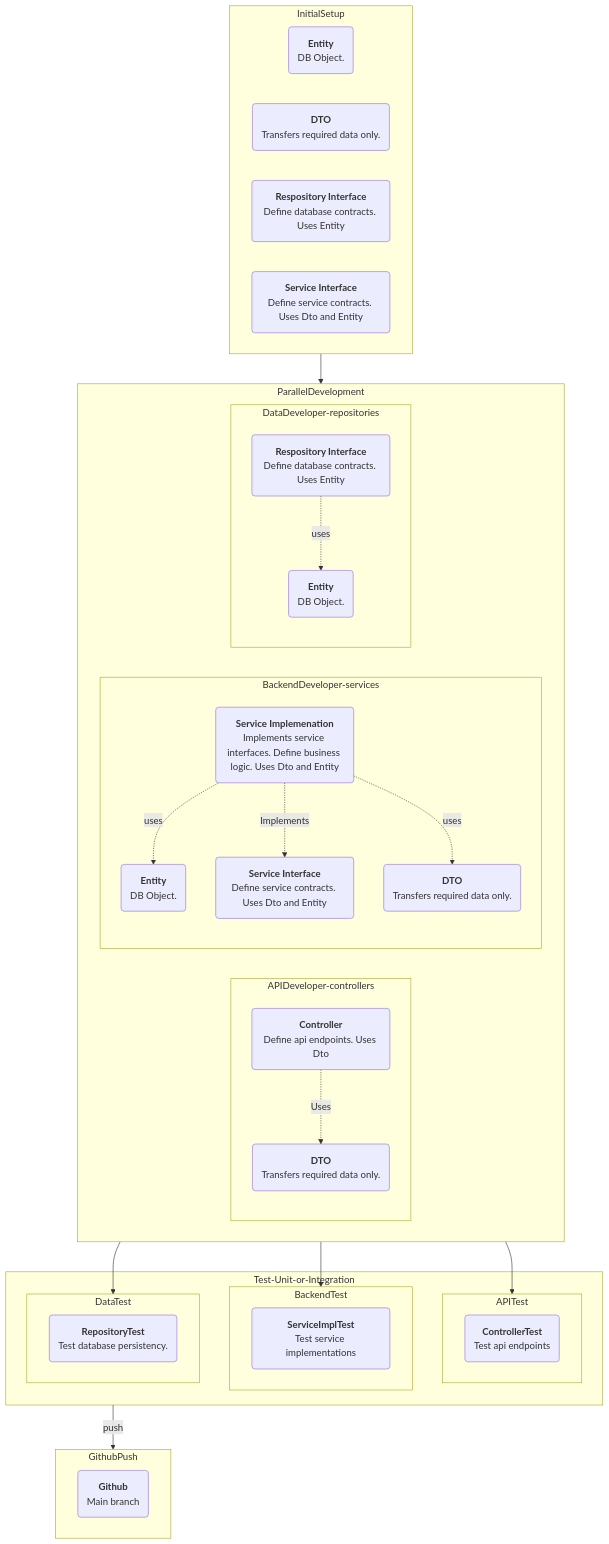
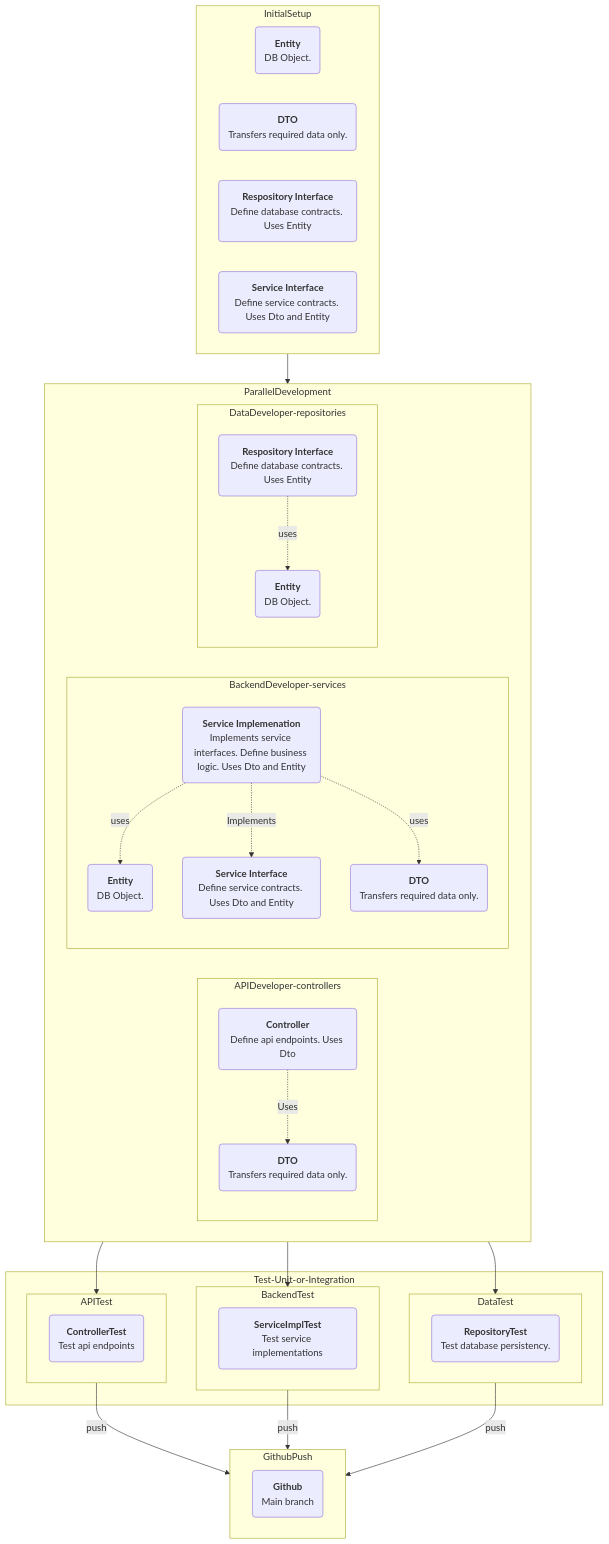
One commit to smaaa001/cs410-digital-signage changed the second of 2 diagrams in backend/README.md. Above: the diagram before and after it, drawn with Mermaid.

Commit message:
updated markdown file with parallel programming concept

````diff
--- a/backend/README.md
+++ b/backend/README.md
@@ -48,68 +48,73 @@
 ```mermaid
 flowchart TD
     subgraph InitialSetup
         Entity1(<b>Entity</b><br/>DB Object.)
         DTO1(<b>DTO</b><br/>Transfers required data only.)
         Repository1(<b>Respository Interface</b><br/>Define database contracts. Uses Entity)
         Service1(<b>Service Interface</b><br/>Define service contracts. Uses Dto and Entity)
     end
 
     subgraph ParallelDevelopment
         direction LR
 
         subgraph APIDeveloper-controllers
             DTO2(<b>DTO</b><br/>Transfers required data only.)
             Controller2(<b>Controller</b><br/>Define api endpoints. Uses Dto)
             Controller2-.->|Uses|DTO2
         end
 
 
 
         subgraph BackendDeveloper-services
             Entity3(<b>Entity</b><br/>DB Object.)
             DTO3(<b>DTO</b><br/>Transfers required data only.)
             Service3(<b>Service Interface</b><br/>Define service contracts. Uses Dto and Entity)
             Service3Impl(<b>Service Implemenation</b><br/>Implements service interfaces. Define business logic. Uses Dto and Entity)
         
             Service3Impl-.->|Implements|Service3
             Service3Impl-.->|uses|Entity3
             Service3Impl-.->|uses|DTO3
         end
 
 
 
         subgraph DataDeveloper-repositories
             Entity4(<b>Entity</b><br/>DB Object.)
             Repository4(<b>Respository Interface</b><br/>Define database contracts. Uses Entity)
             
             Repository4-.->|uses|Entity4
         end
     end
 
     InitialSetup-->ParallelDevelopment
 
     subgraph Test-Unit-or-Integration
         subgraph APITest
             ControllerTest(<b>ControllerTest</b><br/>Test api endpoints)
         end
         subgraph BackendTest
             ServiceImplTest(<b>ServiceImplTest</b><br/>Test service implementations)
         
         end
         subgraph DataTest
             RepositoryTest(<b>RepositoryTest</b><br/>Test database persistency.)
         end
     end
 
     subgraph GithubPush
         Github(<b>Github</b><br/>Main branch)
     end
 
     APIDeveloper-controllers-->APITest
 
     BackendDeveloper-services-->BackendTest
 
     DataDeveloper-repositories-->DataTest
 
-    Test-Unit-or-Integration--push-->GithubPush
+    APITest--push-->GithubPush
+
+    BackendTest--push-->GithubPush
+
+    DataTest--push-->GithubPush
+    
 ```
````
